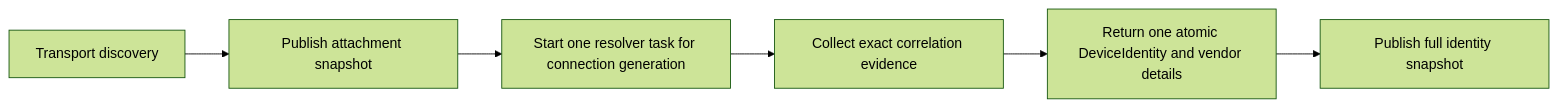
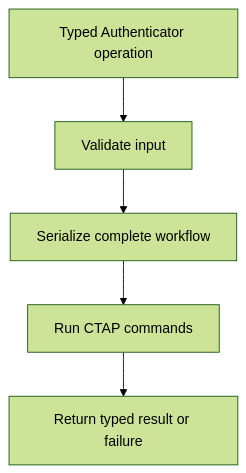
The second of 2 diagrams in docs/current-runtime-flows.md (go-ctap/kit), drawn with Mermaid (forest theme) before and after one commit. The commit also changed other lines of this file and 35 other files, not shown here.

First line of the commit message:
refactor!: remove device attachment ID logic and related discovery features

````diff
--- a/docs/current-runtime-flows.md
+++ b/docs/current-runtime-flows.md
@@ -147,8 +46,7 @@
 ```mermaid
-flowchart LR
-  A["Transport discovery"] --> B["Publish attachment snapshot"]
-  B --> C["Start one resolver task for connection generation"]
-  C --> D["Collect exact correlation evidence"]
-  D --> E["Return one atomic DeviceIdentity and vendor details"]
-  E --> F["Publish full identity snapshot"]
+flowchart TD
+  A["Typed Authenticator operation"] --> B["Validate input"]
+  B --> C["Serialize complete workflow"]
+  C --> D["Run CTAP commands"]
+  D --> E["Return typed result or failure"]
 ```
````
